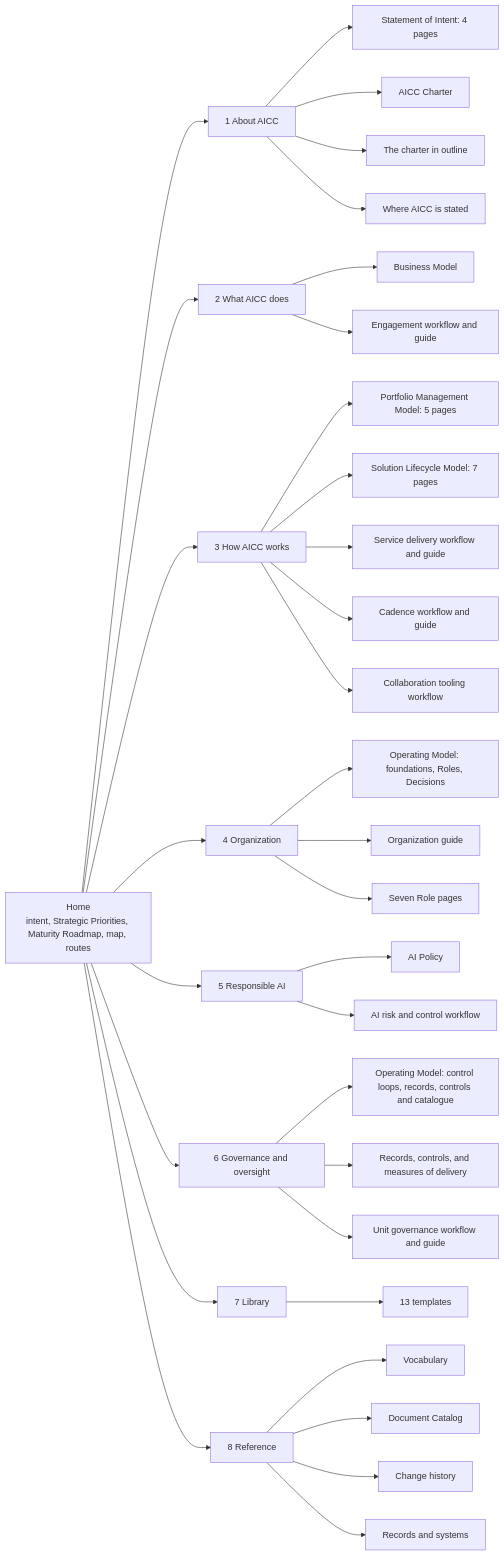
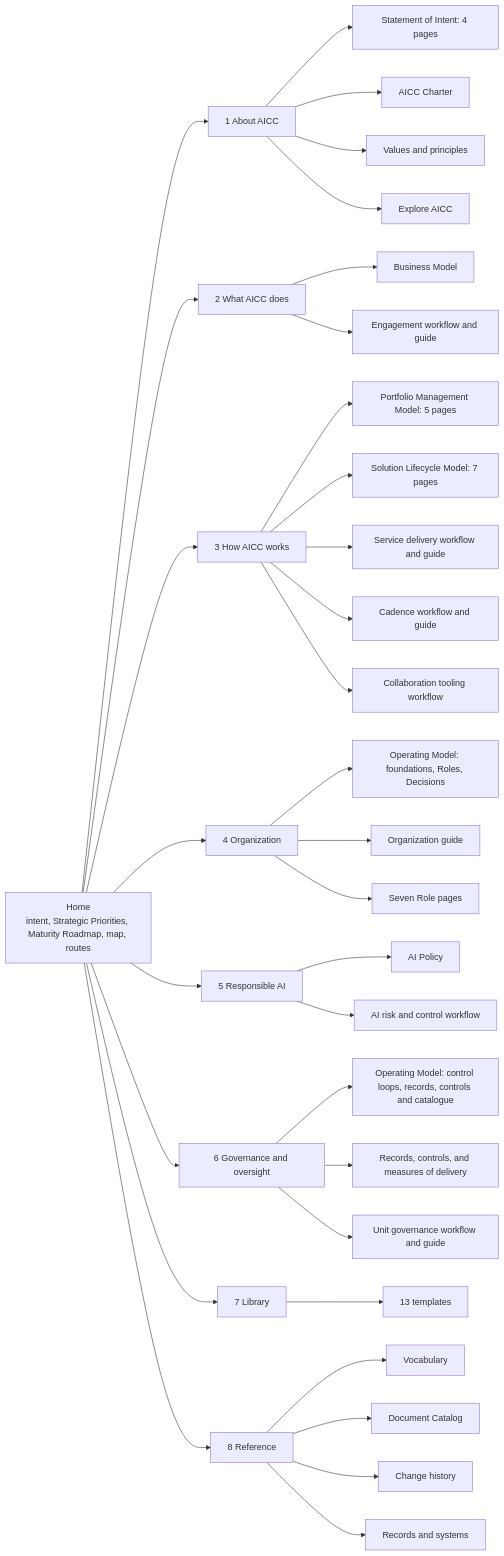
The diagram in portal-scaffolding/site-structure.md (devhogu/ob-aicc), drawn with Mermaid before and after one commit. The commit also changed other lines of this file and 228 other files, not shown here.

Commit message:
Portal: light theme default, AICC label, Next on the breadcrumb line, compact feedback dialog, About AICC summary, Values and principles, Explore AICC

````diff
--- a/portal-scaffolding/site-structure.md
+++ b/portal-scaffolding/site-structure.md
@@ -29,44 +29,44 @@
 ```mermaid
 flowchart LR
   H["Home<br/>intent, Strategic Priorities, Maturity Roadmap, map, routes"]
   A["1 About AICC"]
   W["2 What AICC does"]
   M["3 How AICC works"]
   O["4 Organization"]
   R["5 Responsible AI"]
   G["6 Governance and oversight"]
   L["7 Library"]
   X["8 Reference"]
   H --> A
   H --> W
   H --> M
   H --> O
   H --> R
   H --> G
   H --> L
   H --> X
   A --> A1["Statement of Intent: 4 pages"]
   A --> A2["AICC Charter"]
-  A --> A3["The charter in outline"]
-  A --> A4["Where AICC is stated"]
+  A --> A3["Values and principles"]
+  A --> A4["Explore AICC"]
   W --> W1["Business Model"]
   W --> W2["Engagement workflow and guide"]
   M --> M1["Portfolio Management Model: 5 pages"]
   M --> M2["Solution Lifecycle Model: 7 pages"]
   M --> M3["Service delivery workflow and guide"]
   M --> M4["Cadence workflow and guide"]
   M --> M5["Collaboration tooling workflow"]
   O --> O1["Operating Model: foundations, Roles, Decisions"]
   O --> O2["Organization guide"]
   O --> O3["Seven Role pages"]
   R --> R1["AI Policy"]
   R --> R2["AI risk and control workflow"]
   G --> G1["Operating Model: control loops, records, controls and catalogue"]
   G --> G2["Records, controls, and measures of delivery"]
   G --> G3["Unit governance workflow and guide"]
   L --> L1["13 templates"]
   X --> X1["Vocabulary"]
   X --> X2["Document Catalog"]
   X --> X3["Change history"]
   X --> X4["Records and systems"]
 ```
````
